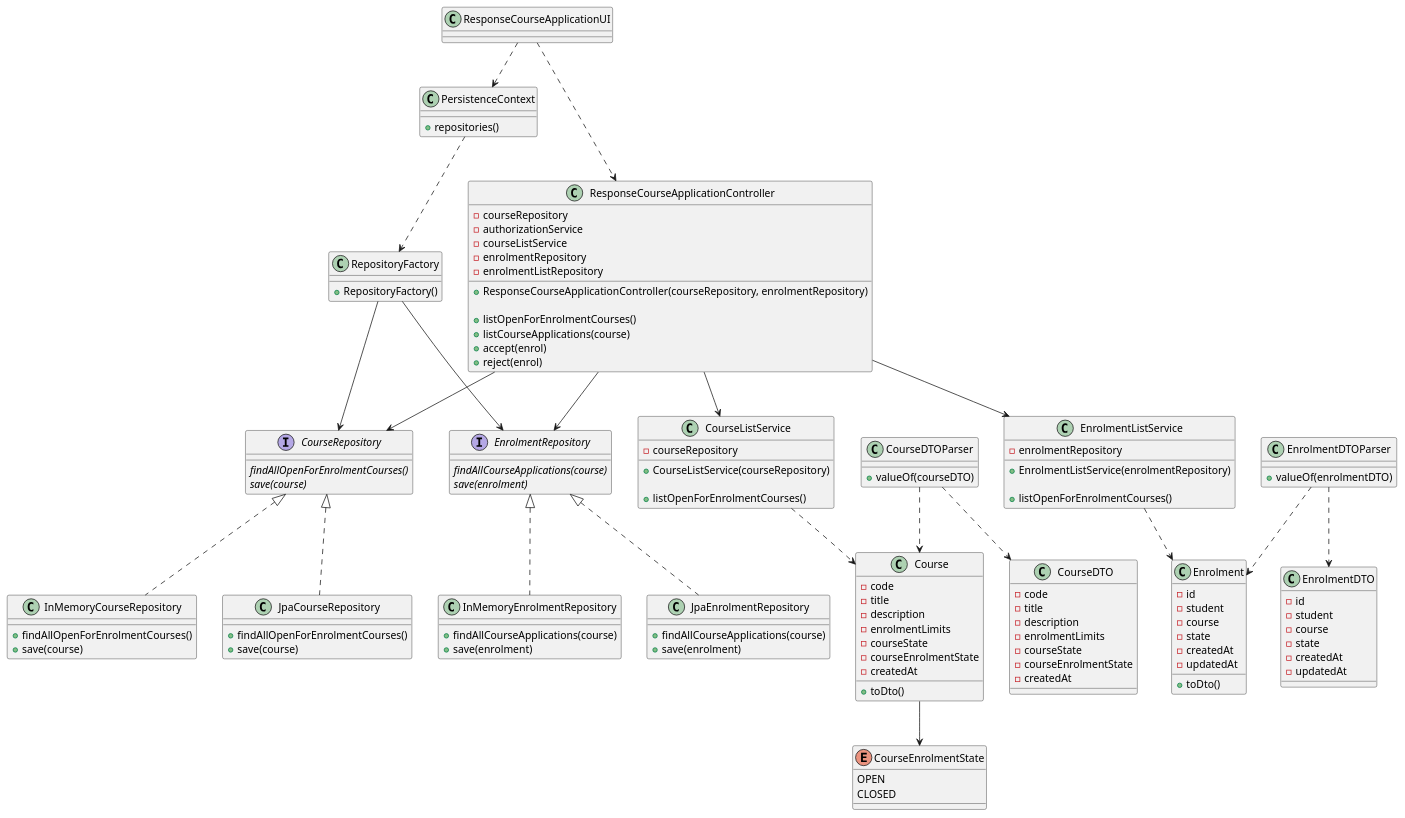
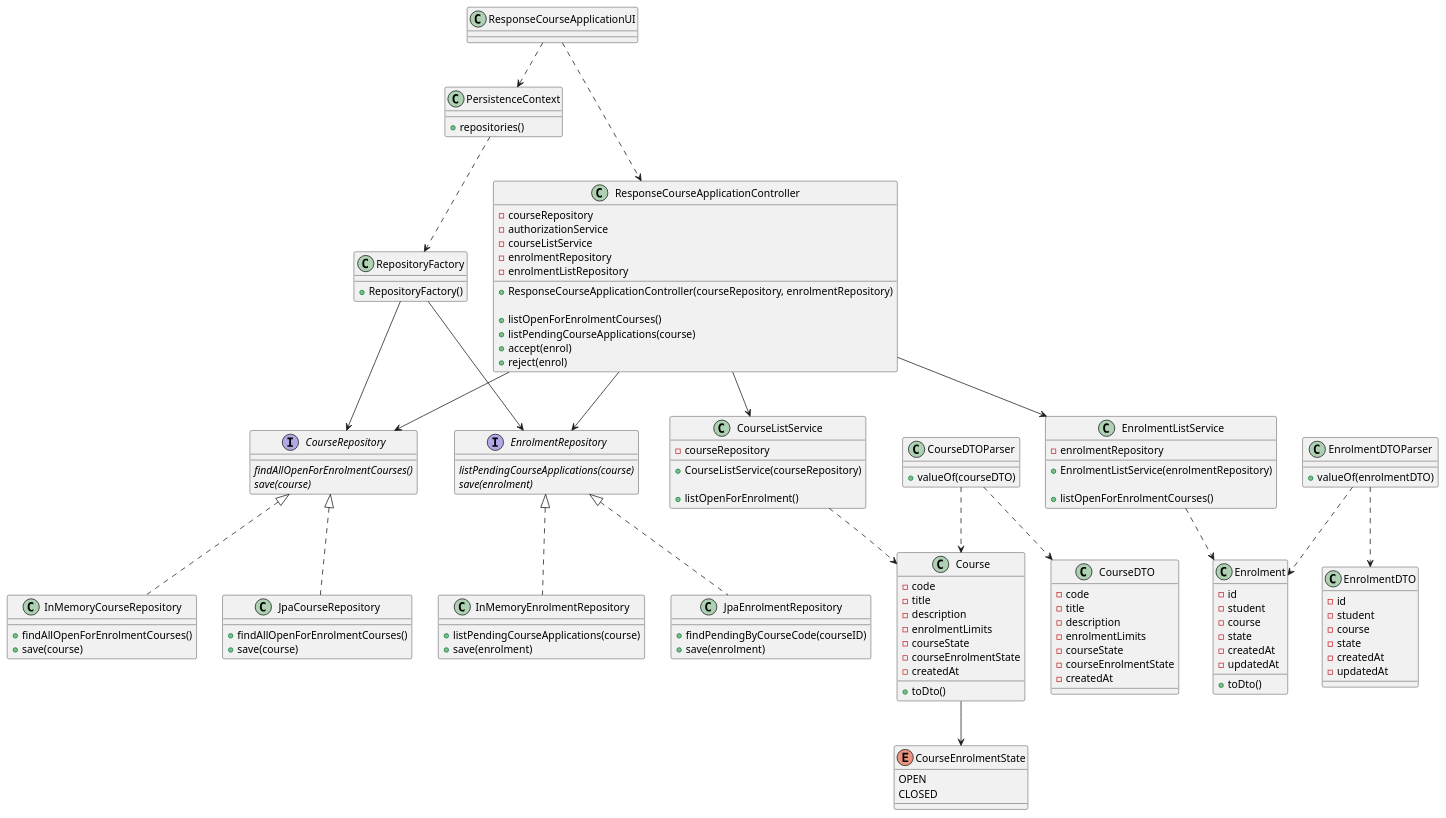
Before and after one commit to miseEnPlace-dev/lapr4: the diagram in docs/sprint-b/us15-1009/US1009_CD.puml, drawn with PlantUML. The commit also changed 7 other files, not shown here.

```diff
--- a/docs/sprint-b/us15-1009/US1009_CD.puml
+++ b/docs/sprint-b/us15-1009/US1009_CD.puml
@@ -1,157 +1,157 @@
 @startuml US1009_CD
 
 class RepositoryFactory {
   + RepositoryFactory()
 }
 
 interface CourseRepository {
   {abstract} findAllOpenForEnrolmentCourses()
   {abstract} save(course)
 }
 
 interface EnrolmentRepository {
-  {abstract} findAllCourseApplications(course)
+  {abstract} listPendingCourseApplications(course)
   {abstract} save(enrolment)
 }
 
 class InMemoryCourseRepository {
   + findAllOpenForEnrolmentCourses()
   + save(course)
 }
 
 class InMemoryEnrolmentRepository {
-  + findAllCourseApplications(course)
+  + listPendingCourseApplications(course)
   + save(enrolment)
 }
 
 class JpaCourseRepository {
   + findAllOpenForEnrolmentCourses()
   + save(course)
 }
 
 class JpaEnrolmentRepository {
-  + findAllCourseApplications(course)
+  + findPendingByCourseCode(courseID)
   + save(enrolment)
 }
 
 class PersistenceContext {
   + repositories()
 }
 
 class CourseListService {
   - courseRepository
 
   + CourseListService(courseRepository)
 
-  + listOpenForEnrolmentCourses()
+  + listOpenForEnrolment()
 }
 
 class EnrolmentListService {
   - enrolmentRepository
 
   + EnrolmentListService(enrolmentRepository)
 
   + listOpenForEnrolmentCourses()
 }
 
 class ResponseCourseApplicationUI {}
 
 class ResponseCourseApplicationController {
   - courseRepository
   - authorizationService
   - courseListService
   - enrolmentRepository
   - enrolmentListRepository
 
   + ResponseCourseApplicationController(courseRepository, enrolmentRepository)
 
   + listOpenForEnrolmentCourses()
-  + listCourseApplications(course)
+  + listPendingCourseApplications(course)
   + accept(enrol)
   + reject(enrol)
 }
 
 class Course {
   - code
   - title
   - description
   - enrolmentLimits
   - courseState
   - courseEnrolmentState
   - createdAt
 
   + toDto()
 }
 
 enum CourseEnrolmentState {
   OPEN
   CLOSED
 }
 
 class CourseDTO {
   - code
   - title
   - description
   - enrolmentLimits
   - courseState
   - courseEnrolmentState
   - createdAt
 }
 
 class CourseDTOParser {
   + valueOf(courseDTO)
 }
 
 class Enrolment{
   - id
   - student
   - course
   - state
   - createdAt
   - updatedAt
 
   + toDto()
 }
 
 class EnrolmentDTO {
   - id
   - student
   - course
   - state
   - createdAt
   - updatedAt
 }
 
 class EnrolmentDTOParser {
   + valueOf(enrolmentDTO)
 }
 
 ResponseCourseApplicationUI ..> ResponseCourseApplicationController
 ResponseCourseApplicationUI ..> PersistenceContext
 ResponseCourseApplicationController --> CourseListService
 ResponseCourseApplicationController --> EnrolmentListService
 PersistenceContext ..> RepositoryFactory
 RepositoryFactory --> CourseRepository
 RepositoryFactory --> EnrolmentRepository
 
 CourseListService ..> Course
 ResponseCourseApplicationController --> CourseRepository
 
 EnrolmentListService ..> Enrolment
 ResponseCourseApplicationController --> EnrolmentRepository
 
 CourseDTOParser ..> CourseDTO
 CourseDTOParser ..> Course
 
 EnrolmentDTOParser ..> EnrolmentDTO
 EnrolmentDTOParser ..> Enrolment
 
 CourseRepository <|.. InMemoryCourseRepository
 CourseRepository <|.. JpaCourseRepository
 
 EnrolmentRepository <|.. InMemoryEnrolmentRepository
 EnrolmentRepository <|.. JpaEnrolmentRepository
 
 Course --> CourseEnrolmentState
 
 @enduml
```
